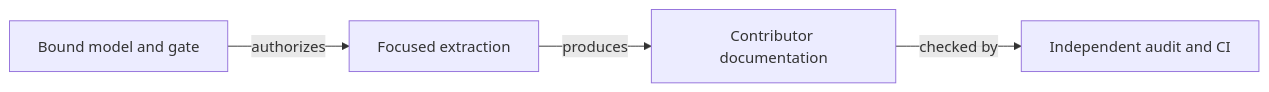
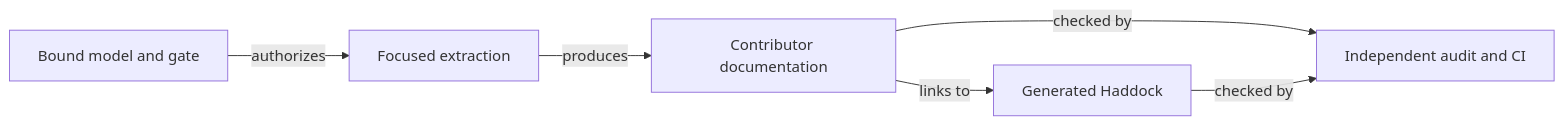
One commit to lambdasistemi/singular changed the diagram in specs/265-builder-blueprint-structure/tasks.md. Above: the diagram before and after it, drawn with Mermaid. The commit also changed other lines of this file and 9 other files, not shown here.

First line of the commit message:
docs: bind generated API reference scope

````diff
--- a/specs/265-builder-blueprint-structure/tasks.md
+++ b/specs/265-builder-blueprint-structure/tasks.md
@@ -6,6 +6,8 @@
 ```mermaid
 flowchart LR
     Plan[Bound model and gate] -->|authorizes| Extract[Focused extraction]
     Extract -->|produces| Docs[Contributor documentation]
     Docs -->|checked by| Audit[Independent audit and CI]
+    Docs -->|links to| API[Generated Haddock]
+    API -->|checked by| Audit
 ```
````
